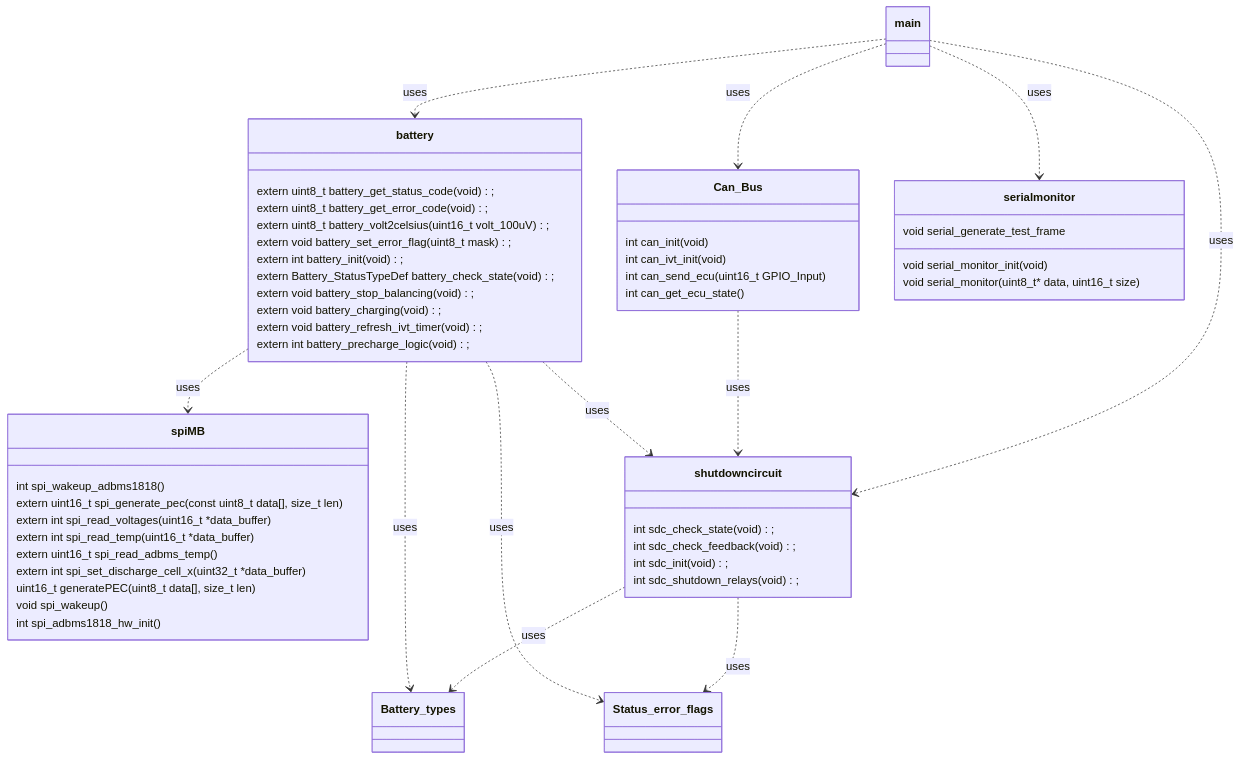
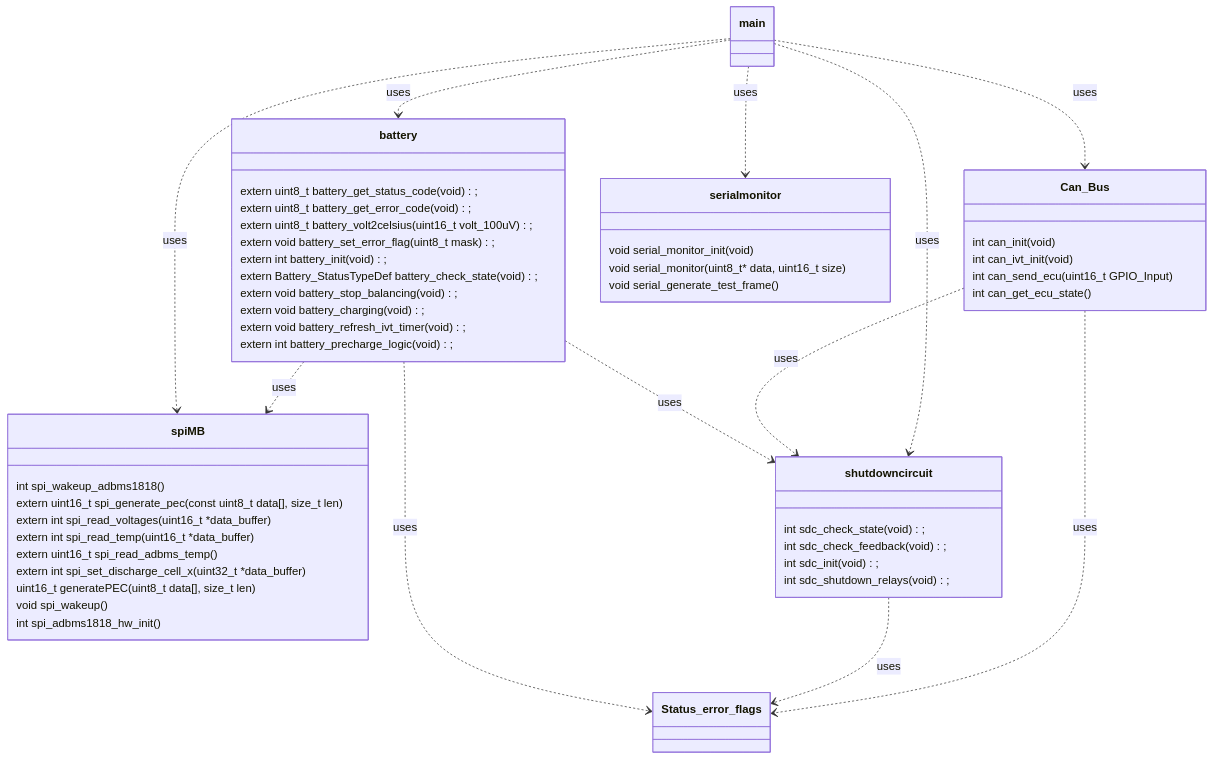
Before and after one commit to renolluc/BMS_zephyr: the first of 2 diagrams in README.md, drawn with Mermaid.

Commit message:
update class diagram

````diff
--- a/README.md
+++ b/README.md
@@ -67,70 +67,69 @@
 ```mermaid
 classDiagram
 
     class main
 
     class Can_Bus{
         int can_init(void)
         int can_ivt_init(void)
         int can_send_ecu(uint16_t GPIO_Input)
         int can_get_ecu_state()
     }
 
     class spiMB{
         int spi_wakeup_adbms1818()
         extern uint16_t spi_generate_pec(const uint8_t data[], size_t len)
         extern int spi_read_voltages(uint16_t *data_buffer)
         extern int spi_read_temp(uint16_t *data_buffer)
         extern uint16_t spi_read_adbms_temp()
         extern int spi_set_discharge_cell_x(uint32_t *data_buffer)
         uint16_t generatePEC(uint8_t data[], size_t len)
         void spi_wakeup()
         int spi_adbms1818_hw_init()
     }
 
     class battery{
         extern uint8_t battery_get_status_code(void);
         extern uint8_t battery_get_error_code(void);
         extern uint8_t battery_volt2celsius(uint16_t volt_100uV);
         extern void battery_set_error_flag(uint8_t mask);
         extern int battery_init(void);
         extern Battery_StatusTypeDef battery_check_state(void);
         extern void battery_stop_balancing(void);
         extern void battery_charging(void);
         extern void battery_refresh_ivt_timer(void);
         extern int battery_precharge_logic(void);
     }
 
     class shutdowncircuit{
         int sdc_check_state(void);
         int sdc_check_feedback(void);
         int sdc_init(void);
         int sdc_shutdown_relays(void);
     }
 
     class serialmonitor{
         void serial_monitor_init(void)
         void serial_monitor(uint8_t* data, uint16_t size)
-        void serial_generate_test_frame
+        void serial_generate_test_frame()
     }
 
-    class Battery_types{
-
-    }
 
     class Status_error_flags{
 
     }
 
     main ..> battery : uses
     main ..> Can_Bus : uses
     main ..> serialmonitor : uses
     main ..> shutdowncircuit : uses
     battery ..> spiMB : uses
-    Can_Bus ..> shutdowncircuit : uses
+    Can_Bus ..> Status_error_flags: uses
+    shutdowncircuit ..> Status_error_flags : uses
+    battery ..> Status_error_flags : uses
+    main ..> spiMB : uses
+    Can_Bus ..> shutdowncircuit : uses    
     battery ..> shutdowncircuit : uses
-    shutdowncircuit ..> Battery_types : uses
-    shutdowncircuit ..> Status_error_flags : uses
-    battery ..> Battery_types : uses
-    battery ..> Status_error_flags : uses
+
+
 ```
````
